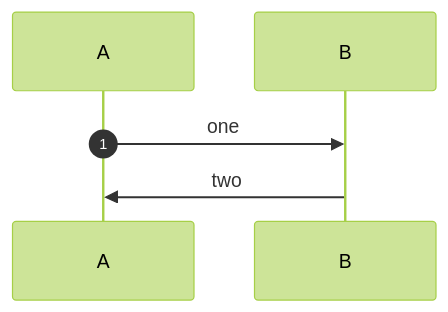
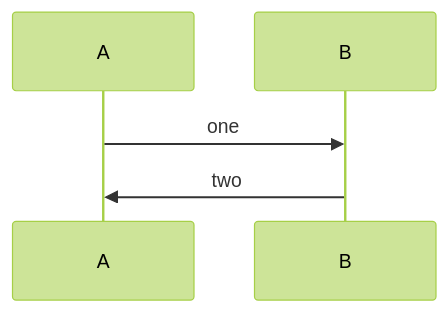
Before and after one commit to muirjc/canvas: the diagram in packages/diagram-core/corpus/cases/sequence-autonumber-off/expected/portable.mmd, drawn with Mermaid (forest theme). The commit also changed 98 other files, not shown here.

First line of the commit message:
feat: Mermaid export always in Canvas's form, checked in real Mermaid in CI (canvas-8ucs) (#330)

```diff
--- a/packages/diagram-core/corpus/cases/sequence-autonumber-off/expected/portable.mmd
+++ b/packages/diagram-core/corpus/cases/sequence-autonumber-off/expected/portable.mmd
@@ -1,5 +1,5 @@
 sequenceDiagram
-  autonumber
-  A->>B: one
-  autonumber off
-  B->>A: two
+participant A
+participant B
+A->>B: one
+B->>A: two
```
